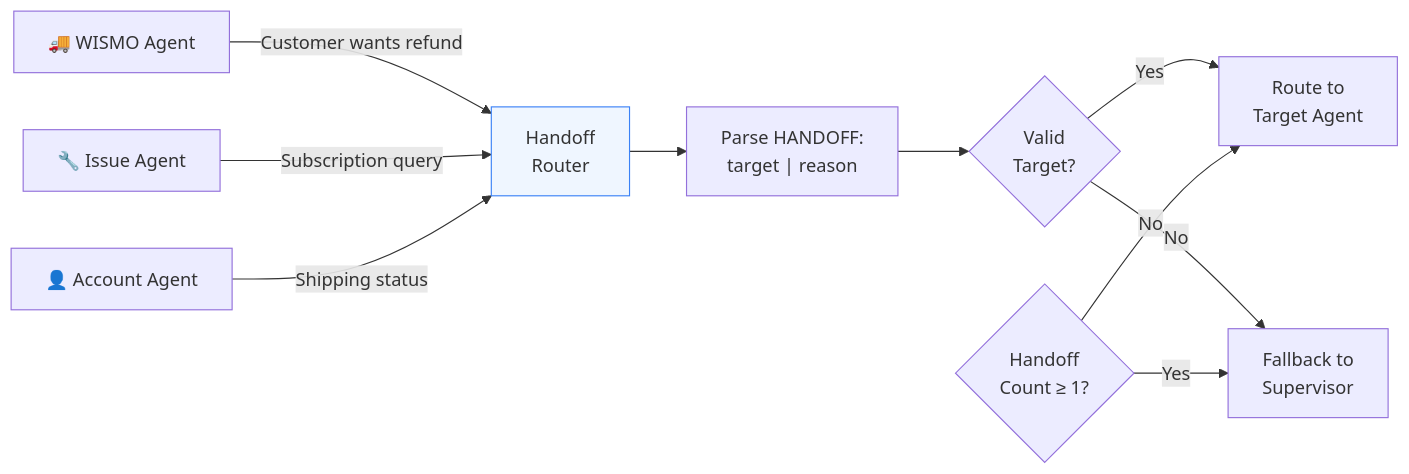
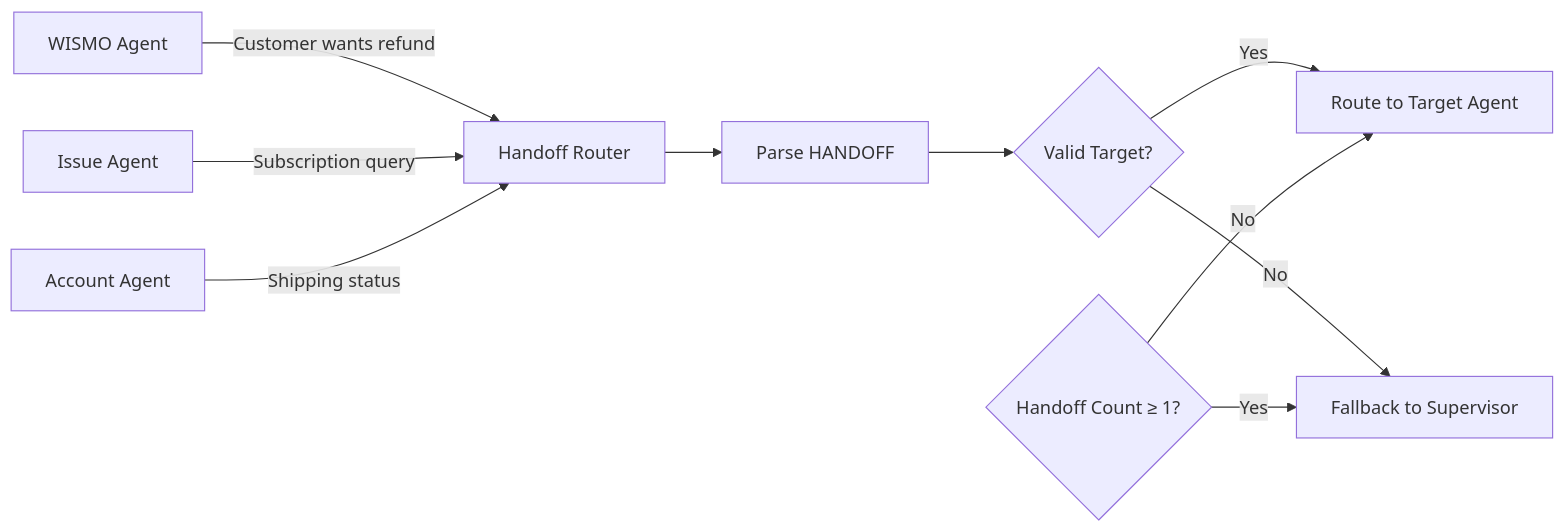
The tenth of 11 diagrams in README.md (EminDurmuSS/lookfor-hackathon), drawn with Mermaid before and after one commit. The commit also changed other lines of this file, not shown here.

First line of the commit message:
Refactor README formatting and diagram clarity

````diff
--- a/README.md
+++ b/README.md
@@ -571,16 +488,14 @@
 ```mermaid
 flowchart LR
-    WA["🚚 WISMO Agent"] -->|"Customer wants refund"| HR["Handoff<br/>Router"]
-    IA["🔧 Issue Agent"] -->|"Subscription query"| HR
-    AA["👤 Account Agent"] -->|"Shipping status"| HR
+    WA[WISMO Agent] -->|Customer wants refund| HR[Handoff Router]
+    IA[Issue Agent] -->|Subscription query| HR
+    AA[Account Agent] -->|Shipping status| HR
 
-    HR --> PARSE["Parse HANDOFF:<br/>target | reason"]
-    PARSE --> VALID{"Valid<br/>Target?"}
-    VALID -->|Yes| ROUTE["Route to<br/>Target Agent"]
-    VALID -->|No| SUP["Fallback to<br/>Supervisor"]
+    HR --> PARSE[Parse HANDOFF]
+    PARSE --> VALID{Valid Target?}
+    VALID -->|Yes| ROUTE[Route to Target Agent]
+    VALID -->|No| SUP[Fallback to Supervisor]
 
-    LIMIT{"Handoff<br/>Count ≥ 1?"} -->|Yes| SUP
+    LIMIT{Handoff Count ≥ 1?} -->|Yes| SUP
     LIMIT -->|No| ROUTE
-
-    style HR fill:#eff6ff,stroke:#3b82f6
 ```
````
